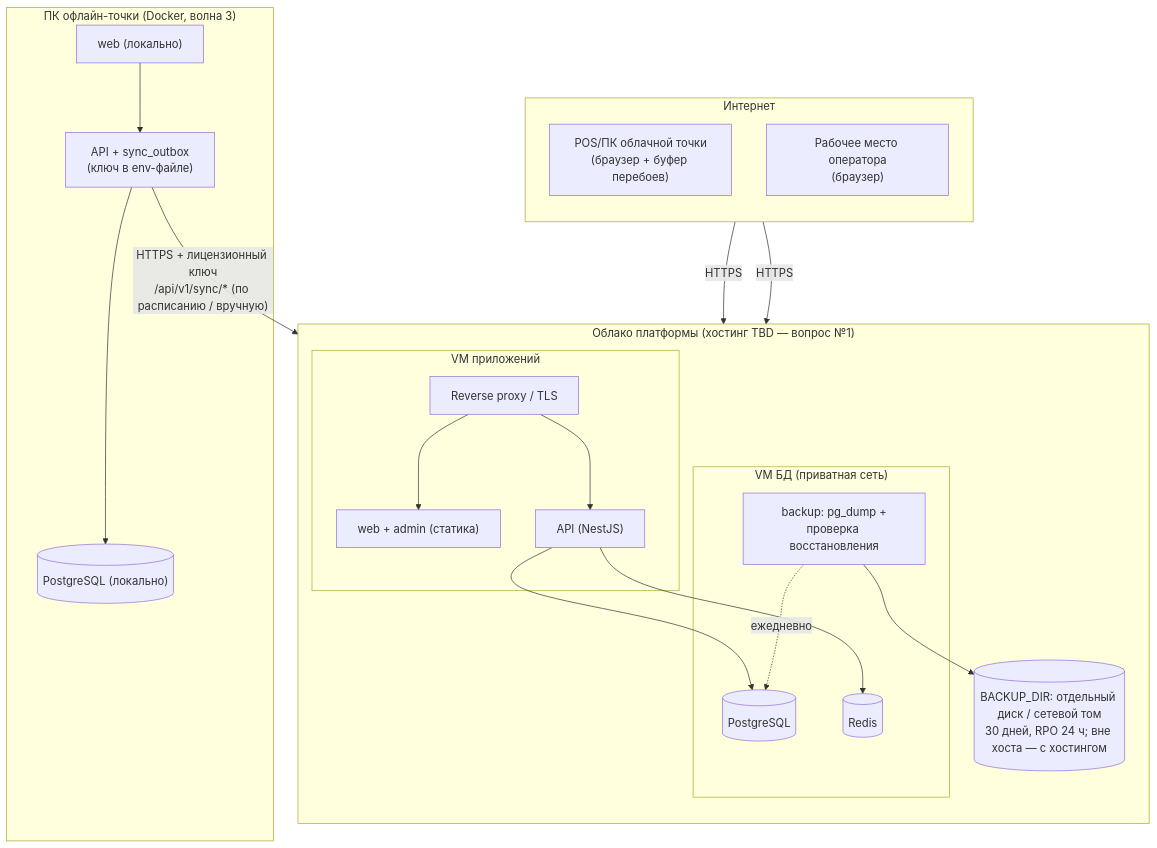
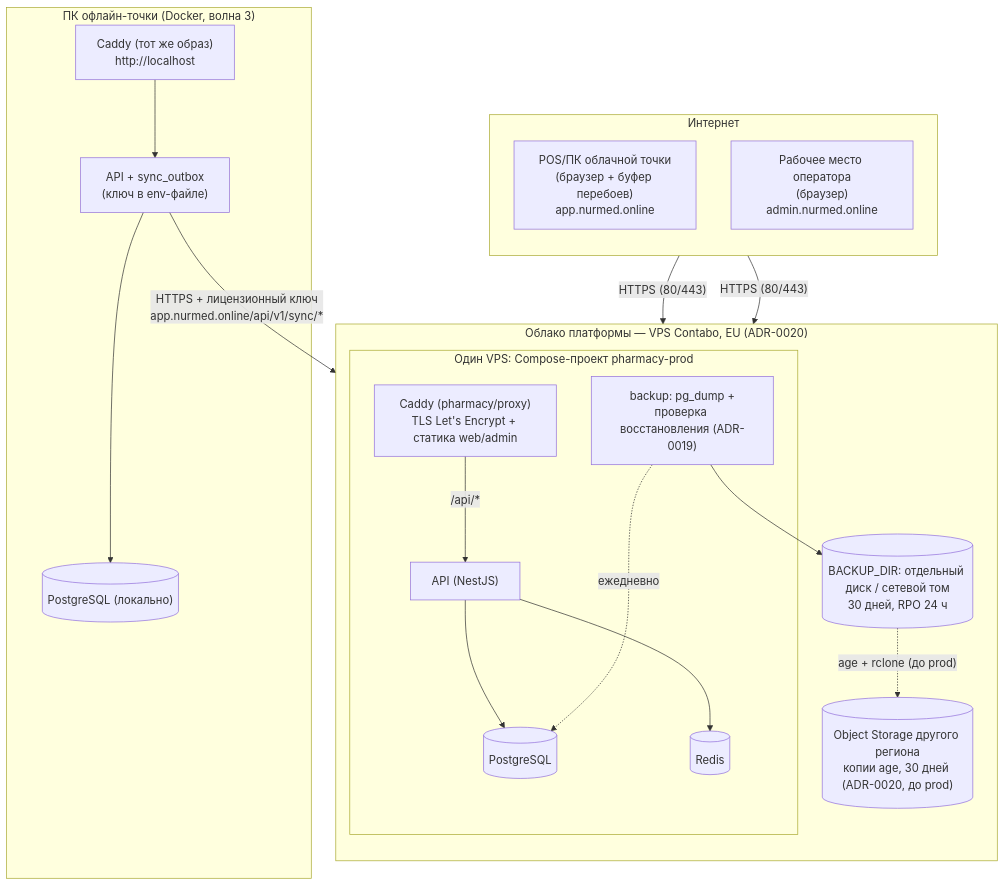
One commit to zohidweb/pharmacy changed the diagram in docs/architecture/c4/deployment.mmd. Above: the diagram before and after it, drawn with Mermaid. The commit also changed 6 other files, not shown here.

Commit message:
docs: accept ADR-0012 (Caddy) and ADR-0020 (hosting) — APPROVAL, stack.md, C4 deployment

```diff
--- a/docs/architecture/c4/deployment.mmd
+++ b/docs/architecture/c4/deployment.mmd
@@ -1,38 +1,36 @@
 flowchart TB
   subgraph internet["Интернет"]
     direction TB
-    pos["POS/ПК облачной точки<br/>(браузер + буфер перебоев)"]
-    opws["Рабочее место оператора<br/>(браузер)"]
+    pos["POS/ПК облачной точки<br/>(браузер + буфер перебоев)<br/>app.nurmed.online"]
+    opws["Рабочее место оператора<br/>(браузер)<br/>admin.nurmed.online"]
   end
 
-  subgraph cloudEnv["Облако платформы (хостинг TBD — вопрос №1)"]
+  subgraph cloudEnv["Облако платформы — VPS Contabo, EU (ADR-0020)"]
     direction TB
-    subgraph vmApp["VM приложений"]
-      proxy["Reverse proxy / TLS"]
+    subgraph vmApp["Один VPS: Compose-проект pharmacy-prod"]
+      proxy["Caddy (pharmacy/proxy)<br/>TLS Let's Encrypt + статика web/admin"]
       api["API (NestJS)"]
-      static["web + admin (статика)"]
-    end
-    subgraph vmDb["VM БД (приватная сеть)"]
       pg[("PostgreSQL")]
       rd[("Redis")]
-      bk["backup: pg_dump +<br/>проверка восстановления"]
+      bk["backup: pg_dump +<br/>проверка восстановления (ADR-0019)"]
     end
-    backups[("BACKUP_DIR: отдельный диск / сетевой том<br/>30 дней, RPO 24 ч; вне хоста — с хостингом")]
+    backups[("BACKUP_DIR: отдельный диск / сетевой том<br/>30 дней, RPO 24 ч")]
+    offsite[("Object Storage другого региона<br/>копии age, 30 дней (ADR-0020, до prod)")]
   end
 
   subgraph pointPc["ПК офлайн-точки (Docker, волна 3)"]
-    lweb["web (локально)"]
+    lproxy["Caddy (тот же образ)<br/>http://localhost"]
     lapi["API + sync_outbox<br/>(ключ в env-файле)"]
     lpg[("PostgreSQL (локально)")]
   end
 
-  pos -- HTTPS --> proxy
-  opws -- HTTPS --> proxy
-  proxy --> static
-  proxy --> api
+  pos -- "HTTPS (80/443)" --> proxy
+  opws -- "HTTPS (80/443)" --> proxy
+  proxy -- "/api/*" --> api
   api --> pg
   api --> rd
   bk -. ежедневно .-> pg
   bk --> backups
-  lweb --> lapi --> lpg
-  lapi -- "HTTPS + лицензионный ключ<br/>/api/v1/sync/* (по расписанию / вручную)" --> proxy
+  backups -. "age + rclone (до prod)" .-> offsite
+  lproxy --> lapi --> lpg
+  lapi -- "HTTPS + лицензионный ключ<br/>app.nurmed.online/api/v1/sync/*" --> proxy
```
